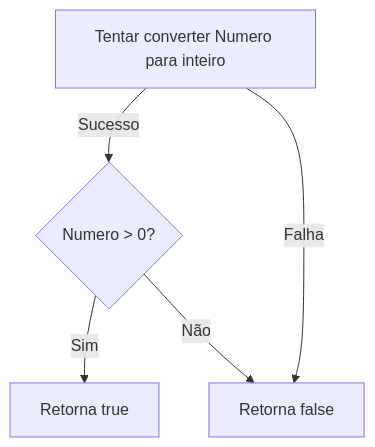
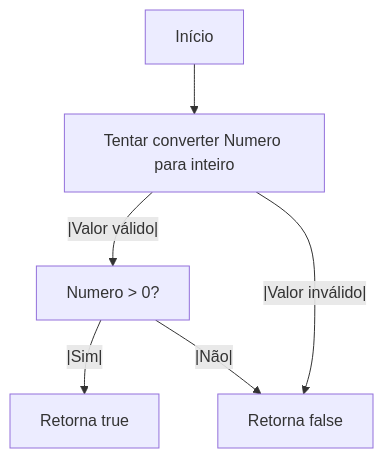
One commit to IsthmusSistemas/documentacao-tecnica changed the first of 2 diagrams in docs/b2b-dominio/IsthmusWinthor.Nucleo/IsthmusWinthor.Dominio/POCO/Shared/Endereco.md. Above: the diagram before and after it, drawn with Mermaid. The commit also changed other lines of this file and 882 other files, not shown here.

````diff
--- a/docs/b2b-dominio/IsthmusWinthor.Nucleo/IsthmusWinthor.Dominio/POCO/Shared/Endereco.md
+++ b/docs/b2b-dominio/IsthmusWinthor.Nucleo/IsthmusWinthor.Dominio/POCO/Shared/Endereco.md
@@ -18,7 +18,8 @@
 ```mermaid
 flowchart TD
-    A[Tentar converter Numero para inteiro] -->|Sucesso| B{Numero > 0?}
-    B -->|Sim| C[Retorna true]
-    B -->|Não| D[Retorna false]
-    A -->|Falha| D
+    A[Início] --> B[Tentar converter Numero para inteiro]
+    B --|Valor válido|--> C[Numero > 0?]
+    C --|Sim|--> D[Retorna true]
+    C --|Não|--> E[Retorna false]
+    B --|Valor inválido|--> E
 ```
````
